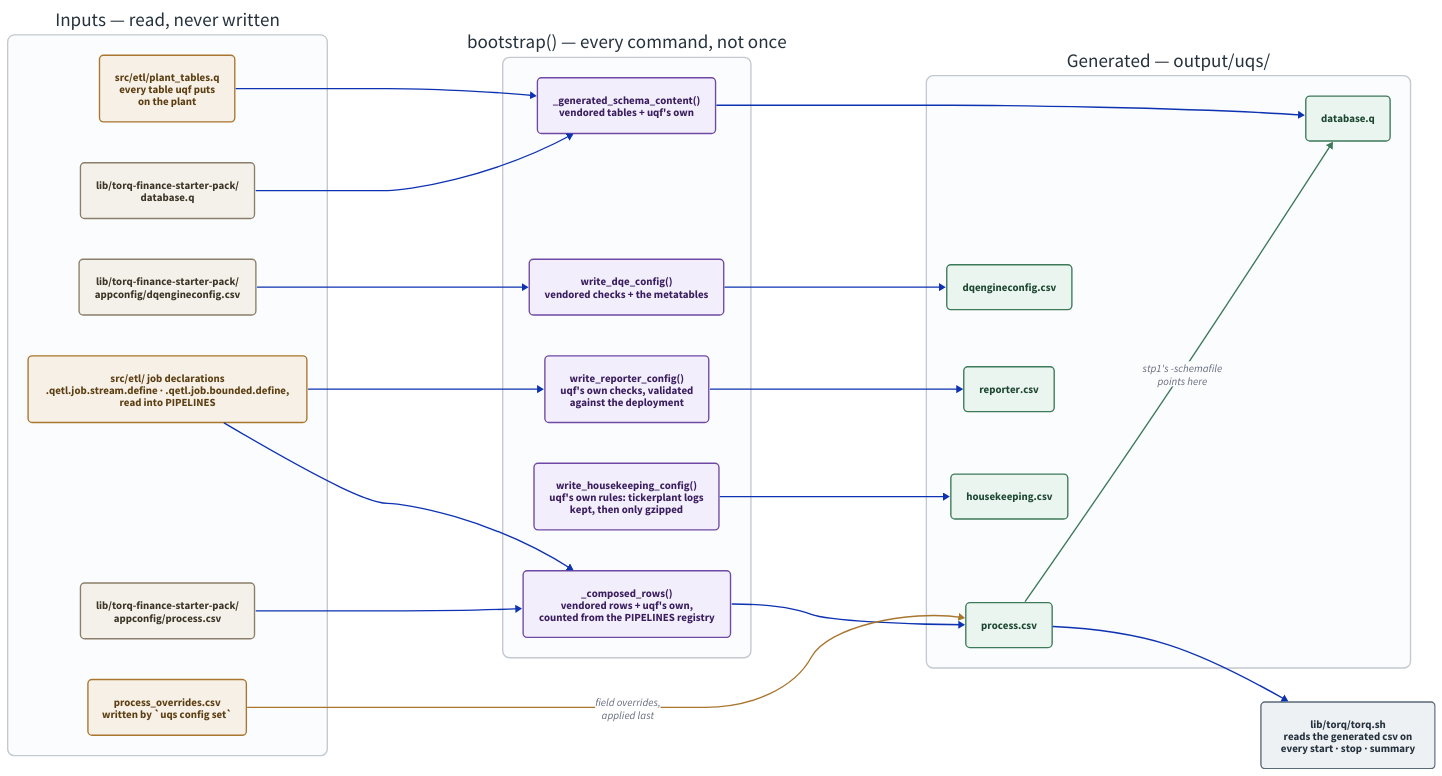
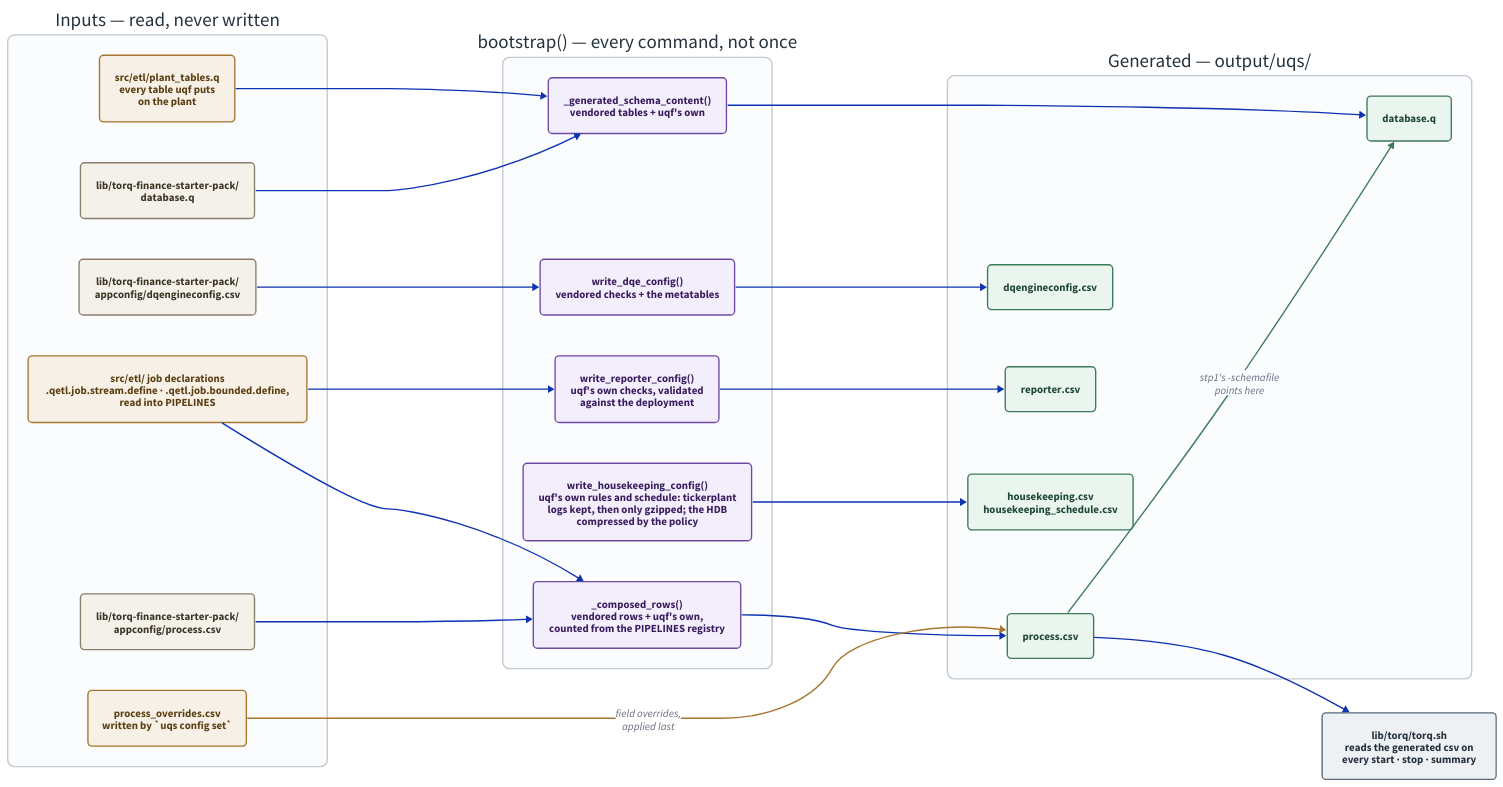
Before and after one commit to kwojdalski/uqf: the diagram in docs/diagrams/config-generation.d2, drawn with D2. The commit also changed 18 other files, not shown here.

First line of the commit message:
housekeeping1 compresses the HDB by the declared policy, on a declared schedule (#2150)

```diff
--- a/docs/diagrams/config-generation.d2
+++ b/docs/diagrams/config-generation.d2
@@ -1,140 +1,140 @@
 # config-generation.d2 - how the vendored TorQ config becomes the config the
 # stack actually runs on.
 #
 # Rendered by `scripts/generate/derive.py diagrams`, which CI runs with
 # --check. Embedded from docs/architecture/stack.md.
 #
 # THE RULE THIS DRAWS is H-01: the vendored trees are never written to. Read
 # the vendored file fresh, generate an extended copy, point the running
 # process at the copy. An edit to lib/ would work until the next upgrade and
 # then be silently lost, which is the failure the whole arrangement exists
 # to make impossible.
 #
 # The other thing worth seeing is that there is no setup step. bootstrap()
 # regenerates every output on EVERY command - start, stop, summary, all of
 # them - so the generated files are always a fresh function of the vendored
 # tree plus the small tracked extension files. Nothing here is a state
 # you can get out of sync; the only way to change the output is to change an
 # input.
 
 direction: right
 
 vars: {
   d2-config: {
     pad: 40
   }
 }
 
 classes: {
   vendored: {
     style: {
       fill: "#f4f1ea"
       stroke: "#8a7f6a"
       font-color: "#3d3527"
       border-radius: 6
     }
   }
   tracked: {
     style: {
       fill: "#f6f0e6"
       stroke: "#a8762f"
       font-color: "#5c3f13"
       border-radius: 6
     }
   }
   step: {
     style: {
       fill: "#f3eefb"
       stroke: "#6f4aa5"
       font-color: "#3a1e5f"
       border-radius: 6
     }
   }
   generated: {
     style: {
       fill: "#eaf5ef"
       stroke: "#3d7a5a"
       font-color: "#1d4733"
       border-radius: 6
     }
   }
   consumer: {
     style: {
       fill: "#eef1f4"
       stroke: "#5a6a78"
       font-color: "#25323d"
       border-radius: 6
     }
   }
 }
 
 inputs: "Inputs — read, never written" {
   style: {
     fill: "#fbfcfd"
     stroke: "#c3c9cf"
     stroke-width: 2
     border-radius: 10
     font-color: "#25323d"
   }
 
   # Declared in the order they are consumed - the process.csv inputs, then
   # the database.q ones - so dagre keeps each group near the step it feeds.
   vendored_csv: "lib/torq-finance-starter-pack/\nappconfig/process.csv" { class: vendored }
   declarations: "src/etl/ job declarations\n.qetl.job.stream.define · .qetl.job.bounded.define,\nread into PIPELINES" { class: tracked }
   overrides: "process_overrides.csv\nwritten by `uqs config set`" { class: tracked }
   vendored_schema: "lib/torq-finance-starter-pack/\ndatabase.q" { class: vendored }
   vendored_dqe: "lib/torq-finance-starter-pack/\nappconfig/dqengineconfig.csv" { class: vendored }
   tables: "src/etl/plant_tables.q\nevery table uqf puts\non the plant" { class: tracked }
 }
 
 bootstrap: "bootstrap() — every command, not once" {
   style: {
     fill: "#fbfcfd"
     stroke: "#c3c9cf"
     stroke-width: 2
     border-radius: 10
     font-color: "#25323d"
   }
 
   rows: "_composed_rows()\nvendored rows + uqf's own,\ncounted from the PIPELINES registry" { class: step }
   schema: "_generated_schema_content()\nvendored tables + uqf's own" { class: step }
   dqe: "write_dqe_config()\nvendored checks + the metatables" { class: step }
   reporter: "write_reporter_config()\nuqf's own checks, validated\nagainst the deployment" { class: step }
-  housekeeping: "write_housekeeping_config()\nuqf's own rules: tickerplant logs\nkept, then only gzipped" { class: step }
+  housekeeping: "write_housekeeping_config()\nuqf's own rules and schedule: tickerplant\nlogs kept, then only gzipped; the HDB\ncompressed by the policy" { class: step }
 }
 
 outputs: "Generated — output/uqs/" {
   style: {
     fill: "#fbfcfd"
     stroke: "#c3c9cf"
     stroke-width: 2
     border-radius: 10
     font-color: "#25323d"
   }
 
   gen_csv: "process.csv" { class: generated }
   gen_schema: "database.q" { class: generated }
 
   gen_dqe: "dqengineconfig.csv" { class: generated }
   gen_reporter: "reporter.csv" { class: generated }
-  gen_housekeeping: "housekeeping.csv" { class: generated }
+  gen_housekeeping: "housekeeping.csv\nhousekeeping_schedule.csv" { class: generated }
   gen_csv -> gen_schema: "stp1's -schemafile\npoints here" { style.stroke: "#3d7a5a" }
 }
 
 torqsh: "lib/torq/torq.sh\nreads the generated csv on\nevery start · stop · summary" { class: consumer }
 
 inputs.vendored_csv -> bootstrap.rows
 inputs.vendored_schema -> bootstrap.schema
 inputs.declarations -> bootstrap.rows
 inputs.tables -> bootstrap.schema
 inputs.vendored_dqe -> bootstrap.dqe
 inputs.declarations -> bootstrap.reporter
 
 bootstrap.rows -> outputs.gen_csv
 bootstrap.schema -> outputs.gen_schema
 bootstrap.dqe -> outputs.gen_dqe
 bootstrap.reporter -> outputs.gen_reporter
 bootstrap.housekeeping -> outputs.gen_housekeeping
 inputs.overrides -> outputs.gen_csv: "field overrides,\napplied last" { style.stroke: "#a8762f" }
 
 outputs.gen_csv -> torqsh
```
